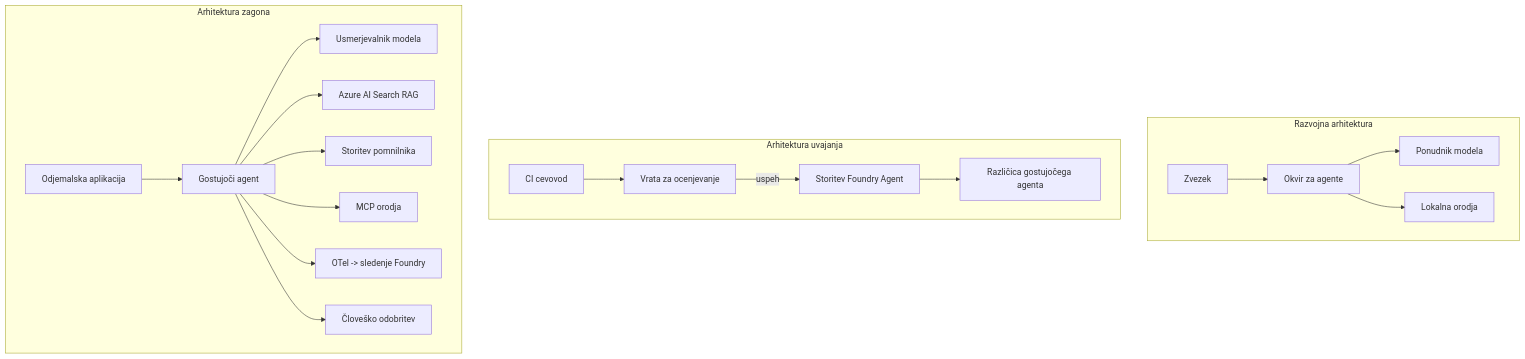
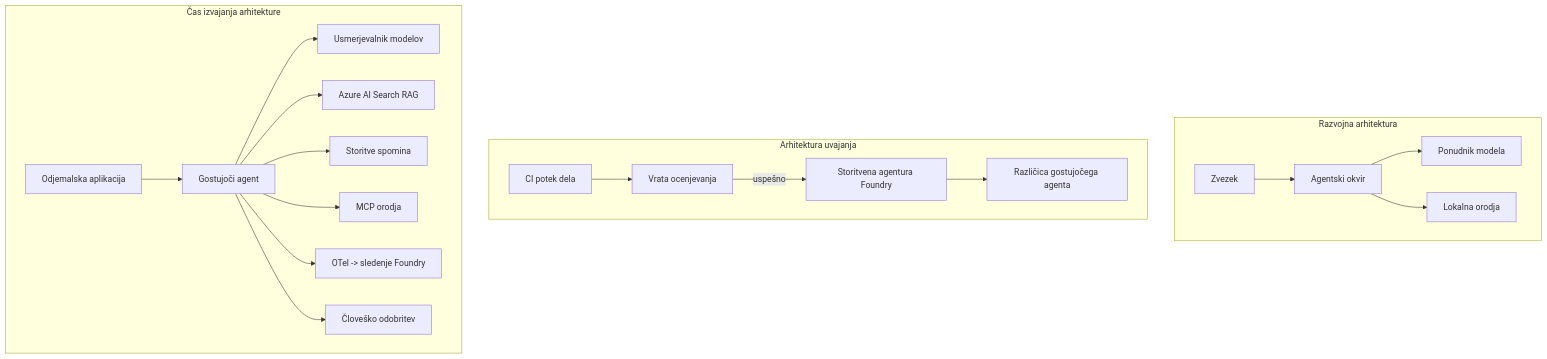
One commit to gabrielmoreira/agent-skills-mirror changed the fourth of 4 diagrams in mirrors/repos/microsoft@ai-agents-for-beginners/translations/sl/16-deploying-scalable-agents/README.md. Above: the diagram before and after it, drawn with Mermaid. The commit also changed other lines of this file and 4262 other files, not shown here.

````diff
--- a/mirrors/repos/microsoft@ai-agents-for-beginners/translations/sl/16-deploying-scalable-agents/README.md
+++ b/mirrors/repos/microsoft@ai-agents-for-beginners/translations/sl/16-deploying-scalable-agents/README.md
@@ -185,22 +185,22 @@
 ```mermaid
 flowchart TB
     subgraph Dev[Razvojna arhitektura]
-        D1[Zvezek] --> D2[Okvir za agente]
+        D1[Zvezek] --> D2[Agentski okvir]
         D2 --> D3[Ponudnik modela]
         D2 --> D4[Lokalna orodja]
     end
     subgraph Deploy[Arhitektura uvajanja]
-        E1[CI cevovod] --> E2[Vrata za ocenjevanje]
-        E2 -->|uspeh| E3[Storitev Foundry Agent]
+        E1[CI potek dela] --> E2[Vrata ocenjevanja]
+        E2 -->|uspešno| E3[Storitvena agentura Foundry]
         E3 --> E4[Različica gostujočega agenta]
     end
-    subgraph Run[Arhitektura zagona]
+    subgraph Run[Čas izvajanja arhitekture]
         F1[Odjemalska aplikacija] --> F2[Gostujoči agent]
-        F2 --> F3[Usmerjevalnik modela]
+        F2 --> F3[Usmerjevalnik modelov]
         F2 --> F4[Azure AI Search RAG]
-        F2 --> F5[Storitev pomnilnika]
+        F2 --> F5[Storitve spomina]
         F2 --> F6[MCP orodja]
         F2 --> F7[OTel -> sledenje Foundry]
         F2 --> F8[Človeško odobritev]
     end
 ```
````
